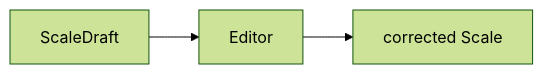
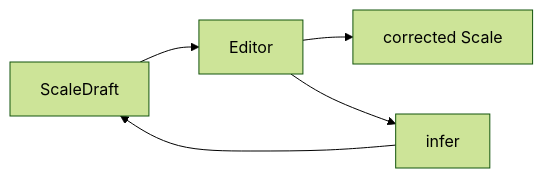
One commit to robertdyr/skales-v1 changed the third of 3 diagrams in docs/architecture/editor.md. Above: the diagram before and after it, drawn with Mermaid (forest theme). The commit also changed other lines of this file and 34 other files, not shown here.

````diff
--- a/docs/architecture/editor.md
+++ b/docs/architecture/editor.md
@@ -59,4 +61,5 @@
 ```mermaid
 flowchart LR
     DraftHandoff["ScaleDraft"] --> EditorHandoff["Editor"] --> Corrected["corrected Scale"]
+    EditorHandoff --> Reinfer["infer"] --> DraftHandoff
 ```
````
